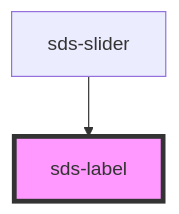
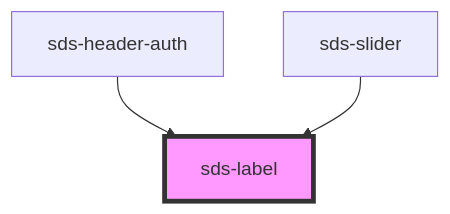
The diagram in packages/sds-web-components/src/ui/primitives/fieldset/sds-label/readme.md (chodgesfigma/sds-mono), drawn with Mermaid before and after one commit. The commit also changed other lines of this file and 20 other files, not shown here.

````diff
--- a/packages/sds-web-components/src/ui/primitives/fieldset/sds-label/readme.md
+++ b/packages/sds-web-components/src/ui/primitives/fieldset/sds-label/readme.md
@@ -17,5 +18,6 @@
 ```mermaid
 graph TD;
+  sds-header-auth --> sds-label
   sds-slider --> sds-label
   style sds-label fill:#f9f,stroke:#333,stroke-width:4px
 ```
````
